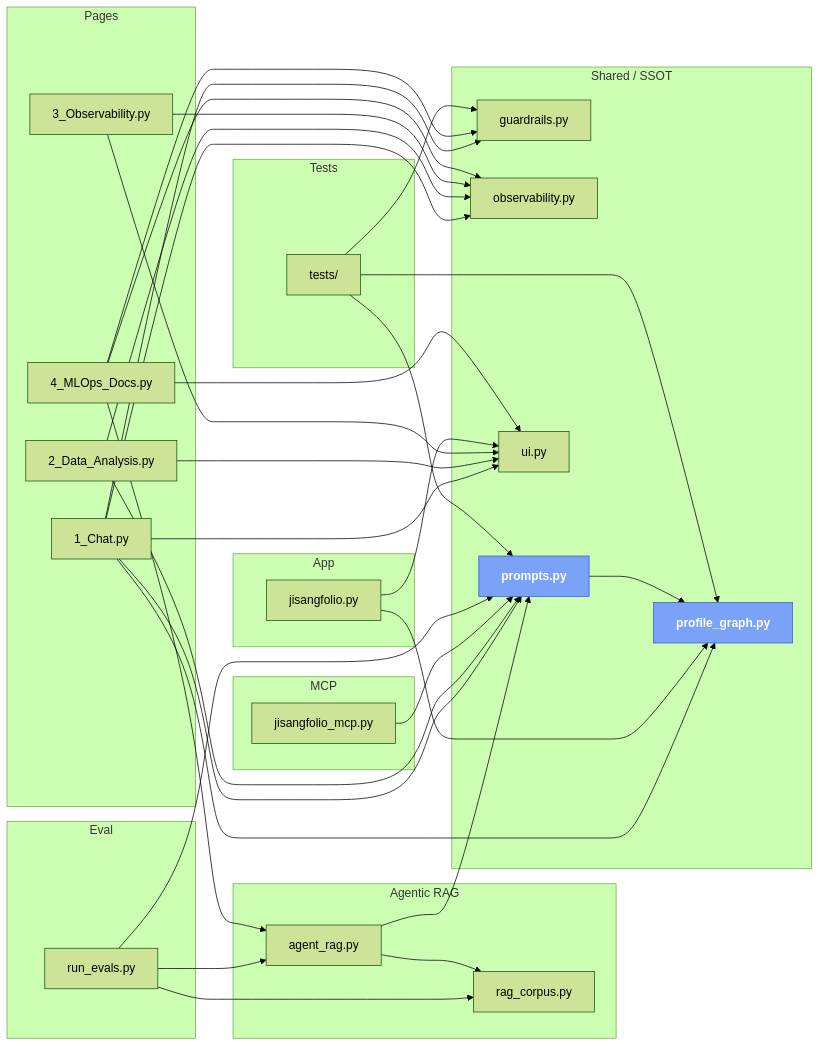
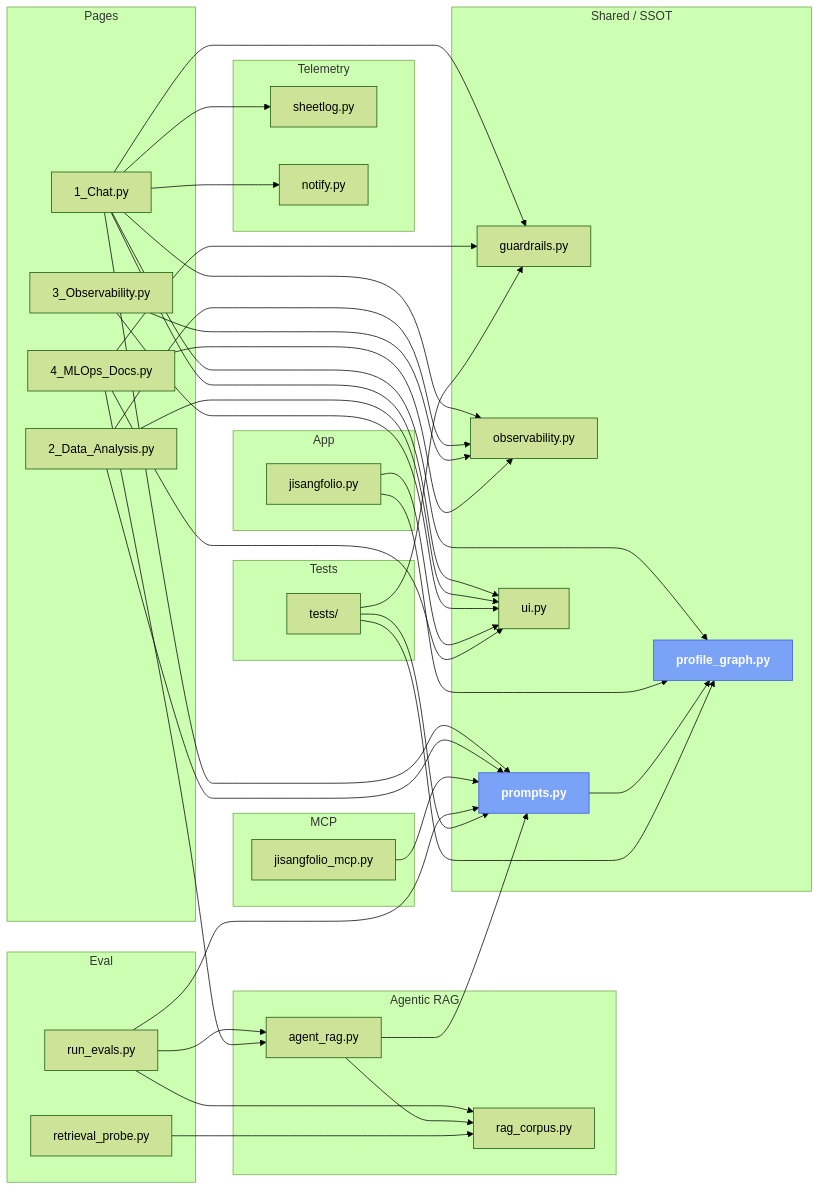
The diagram in README.md (jisangfolio/jisangfolio), drawn with Mermaid (forest theme) before and after one commit. The commit also changed other lines of this file and 13 other files, not shown here.

````diff
--- a/README.md
+++ b/README.md
@@ -26,60 +26,68 @@
 ```mermaid
 graph LR
   subgraph App
     n_jisangfolio["jisangfolio.py"]
   end
   subgraph Pages
     n_1_Chat["1_Chat.py"]
     n_2_Data_Analysis["2_Data_Analysis.py"]
     n_3_Observability["3_Observability.py"]
     n_4_MLOps_Docs["4_MLOps_Docs.py"]
   end
   subgraph RAG["Agentic RAG"]
     n_agent_rag["agent_rag.py"]
     n_rag_corpus["rag_corpus.py"]
   end
   subgraph MCP
     n_jisangfolio_mcp["jisangfolio_mcp.py"]
   end
   subgraph Eval
     n_run_evals["run_evals.py"]
+    n_retrieval_probe["retrieval_probe.py"]
+  end
+  subgraph Telemetry
+    n_sheetlog["sheetlog.py"]
+    n_notify["notify.py"]
   end
   subgraph Tests
     tests["tests/"]
   end
   subgraph ssot["Shared / SSOT"]
     n_guardrails["guardrails.py"]
     n_observability["observability.py"]
     n_profile_graph["profile_graph.py"]
     n_prompts["prompts.py"]
     n_ui["ui.py"]
   end
   n_1_Chat --> n_guardrails
   n_1_Chat --> n_observability
   n_1_Chat --> n_profile_graph
   n_1_Chat --> n_prompts
   n_1_Chat --> n_ui
+  n_1_Chat --> n_sheetlog
+  n_1_Chat --> n_notify
   n_2_Data_Analysis --> n_observability
   n_2_Data_Analysis --> n_prompts
   n_2_Data_Analysis --> n_ui
   n_3_Observability --> n_observability
   n_3_Observability --> n_ui
   n_jisangfolio --> n_profile_graph
   n_jisangfolio --> n_ui
   n_jisangfolio_mcp --> n_prompts
   n_prompts --> n_profile_graph
   n_run_evals --> n_prompts
   n_run_evals --> n_agent_rag
   n_run_evals --> n_rag_corpus
   n_4_MLOps_Docs --> n_agent_rag
   n_4_MLOps_Docs --> n_guardrails
   n_4_MLOps_Docs --> n_observability
   n_4_MLOps_Docs --> n_ui
   n_agent_rag --> n_rag_corpus
   n_agent_rag --> n_prompts
+  n_retrieval_probe --> n_rag_corpus
   tests --> n_guardrails
   tests --> n_profile_graph
   tests --> n_prompts
   classDef hub fill:#7AA2F7,stroke:#3b5bdb,color:#fff,font-weight:bold;
   class n_prompts,n_profile_graph hub;
 ```
````
